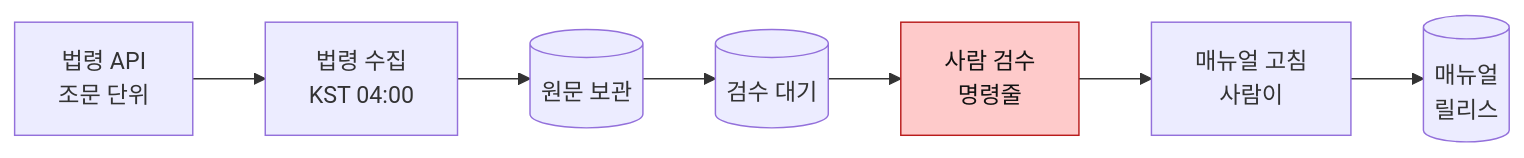
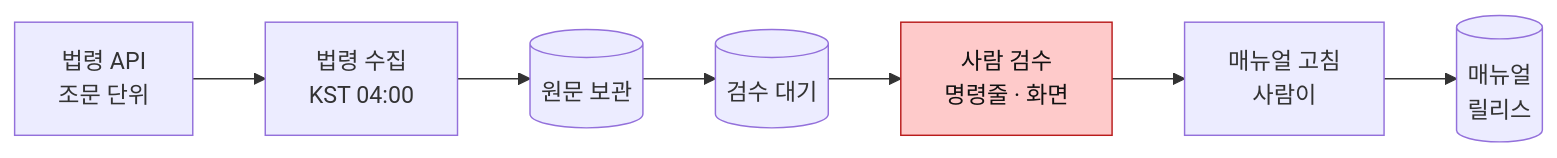
One commit to Dojaegyum/fsec-ai-challenge changed the sixth of 10 diagrams in ARCHITECTURE.md. Above: the diagram before and after it, drawn with Mermaid. The commit also changed other lines of this file and 4 other files, not shown here.

First line of the commit message:
KB 검수 큐가 섰다 — ARCHITECTURE 물리 배치·층 4·라우트 수, S-12 구현 표시, 설정 현황에 관리자 비밀번호 (ADR-081)

````diff
--- a/ARCHITECTURE.md
+++ b/ARCHITECTURE.md
@@ -241,11 +243,11 @@
 ```mermaid
 flowchart LR
     LAW["법령 API<br/>조문 단위"] --> COL["법령 수집<br/>KST 04:00"]
     COL --> SNAP[("원문 보관")]
     SNAP --> CHG[("검수 대기")]
-    CHG --> REV["사람 검수<br/>명령줄"]
+    CHG --> REV["사람 검수<br/>명령줄 · 화면"]
     REV --> FILE["매뉴얼 고침<br/>사람이"]
     FILE --> KB[("매뉴얼<br/>릴리스")]
 
     style REV fill:#fecaca,stroke:#b91c1c,color:#111
 ```
````
